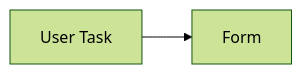
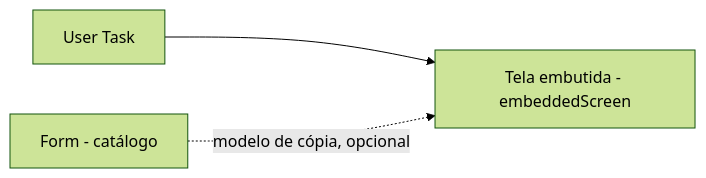
The third of 9 diagrams in requisitos/admin/ej-admin-arquitetura-logica.md (hermesnet-git/journey-admin), drawn with Mermaid (forest theme) before and after one commit. The commit also changed other lines of this file and 89 other files, not shown here.

````diff
--- a/requisitos/admin/ej-admin-arquitetura-logica.md
+++ b/requisitos/admin/ej-admin-arquitetura-logica.md
@@ -348,7 +353,9 @@
 ```mermaid
 flowchart LR
     USER_TASK[User Task]
-    FORM[Form]
+    SCREEN[Tela embutida - embeddedScreen]
+    FORM[Form - catálogo]
 
-    USER_TASK --> FORM
+    USER_TASK --> SCREEN
+    FORM -.->|modelo de cópia, opcional| SCREEN
 ```
````
